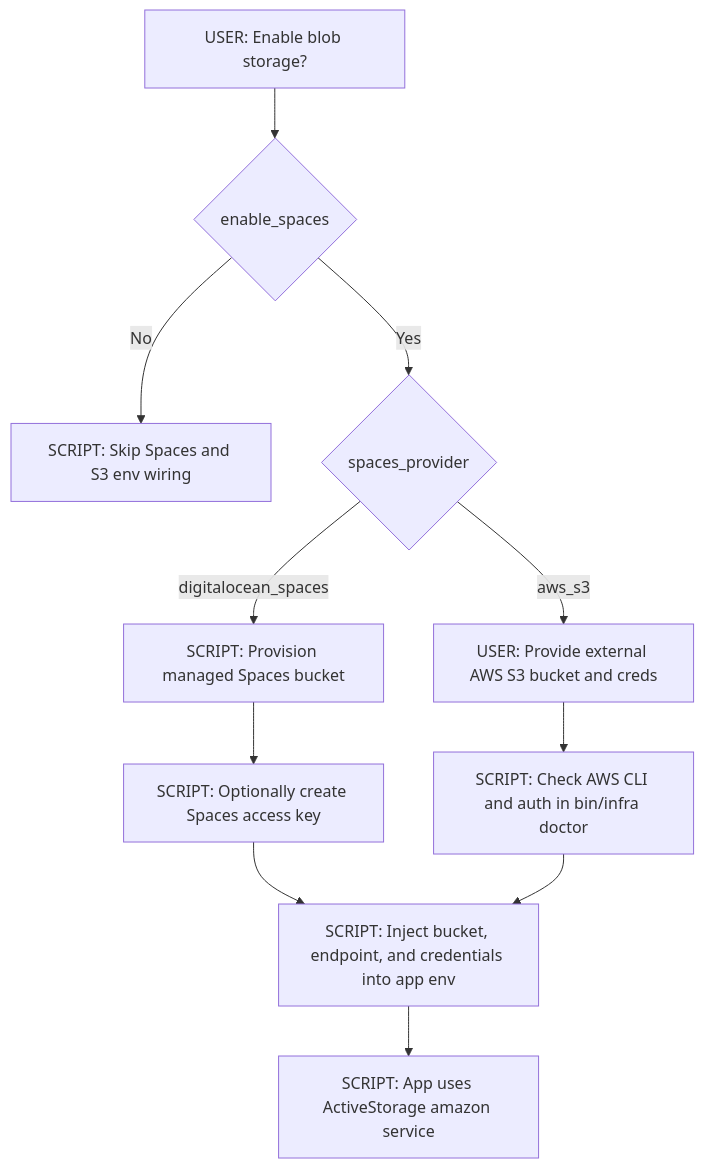
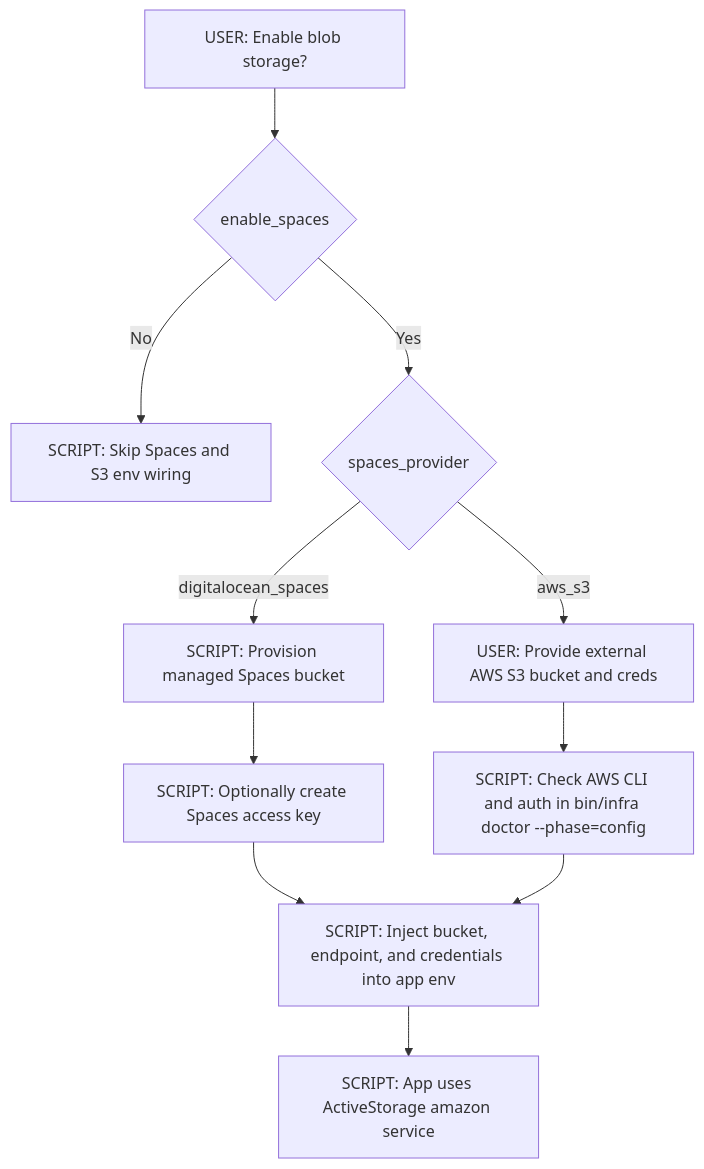
Before and after one commit to scarrick68/product-template-workspace: the second of 2 diagrams in infra/digitalocean/README.md, drawn with Mermaid. The commit also changed other lines of this file and 14 other files, not shown here.

Commit message:
fix(infra): split config/runtime doctor checks, fix spaces bootstrap order, bootstrap rails creds so doctor checks succeed, downgrade to v2 opensearch bc that is what DO managed opensearch currently supports, and tokenized doctl calls for spaces keys which was part of debugging the bootstrap flow

````diff
--- a/infra/digitalocean/README.md
+++ b/infra/digitalocean/README.md
@@ -29,13 +30,13 @@
 ```mermaid
 flowchart TD
 	A[USER: Enable blob storage?] --> B{enable_spaces}
 	B -- No --> C[SCRIPT: Skip Spaces and S3 env wiring]
 	B -- Yes --> D{spaces_provider}
 	D -- digitalocean_spaces --> E[SCRIPT: Provision managed Spaces bucket]
 	E --> F[SCRIPT: Optionally create Spaces access key]
 	F --> G[SCRIPT: Inject bucket, endpoint, and credentials into app env]
 	D -- aws_s3 --> H[USER: Provide external AWS S3 bucket and creds]
-	H --> I[SCRIPT: Check AWS CLI and auth in bin/infra doctor]
+	H --> I[SCRIPT: Check AWS CLI and auth in bin/infra doctor --phase=config]
 	I --> G
 	G --> J[SCRIPT: App uses ActiveStorage amazon service]
 ```
````
